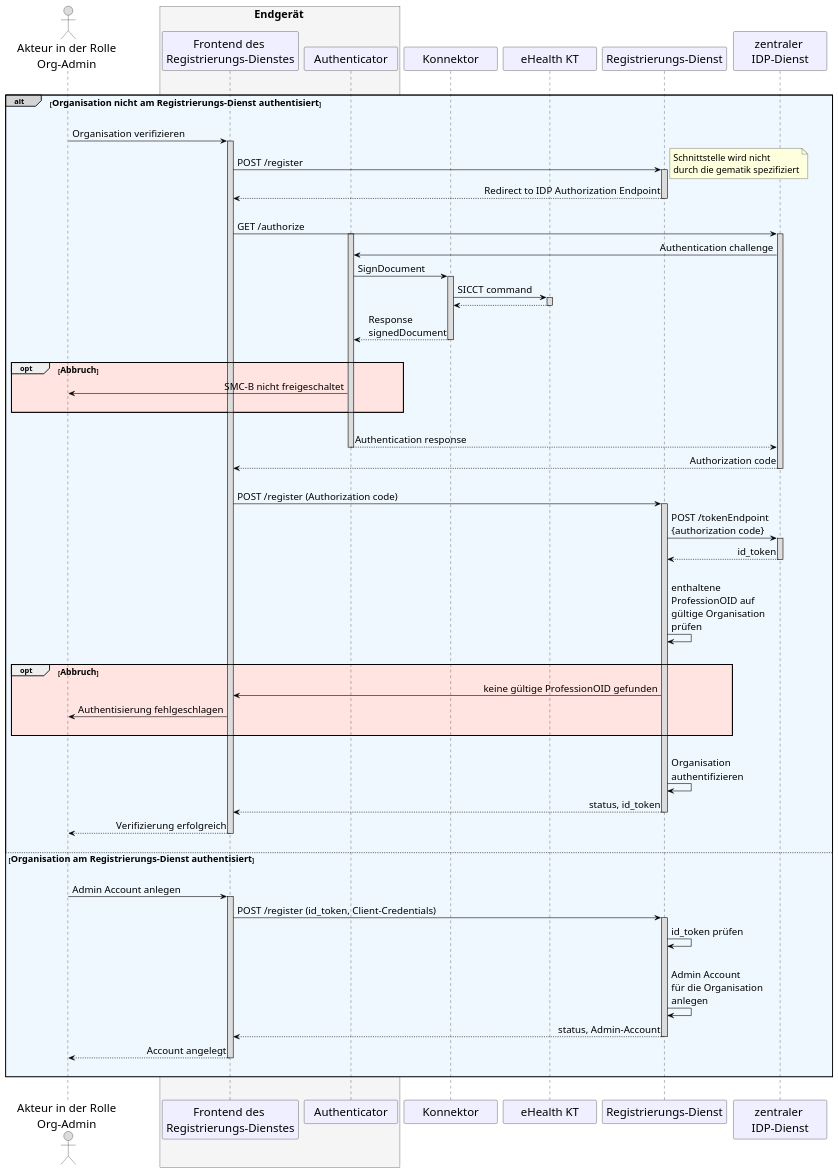
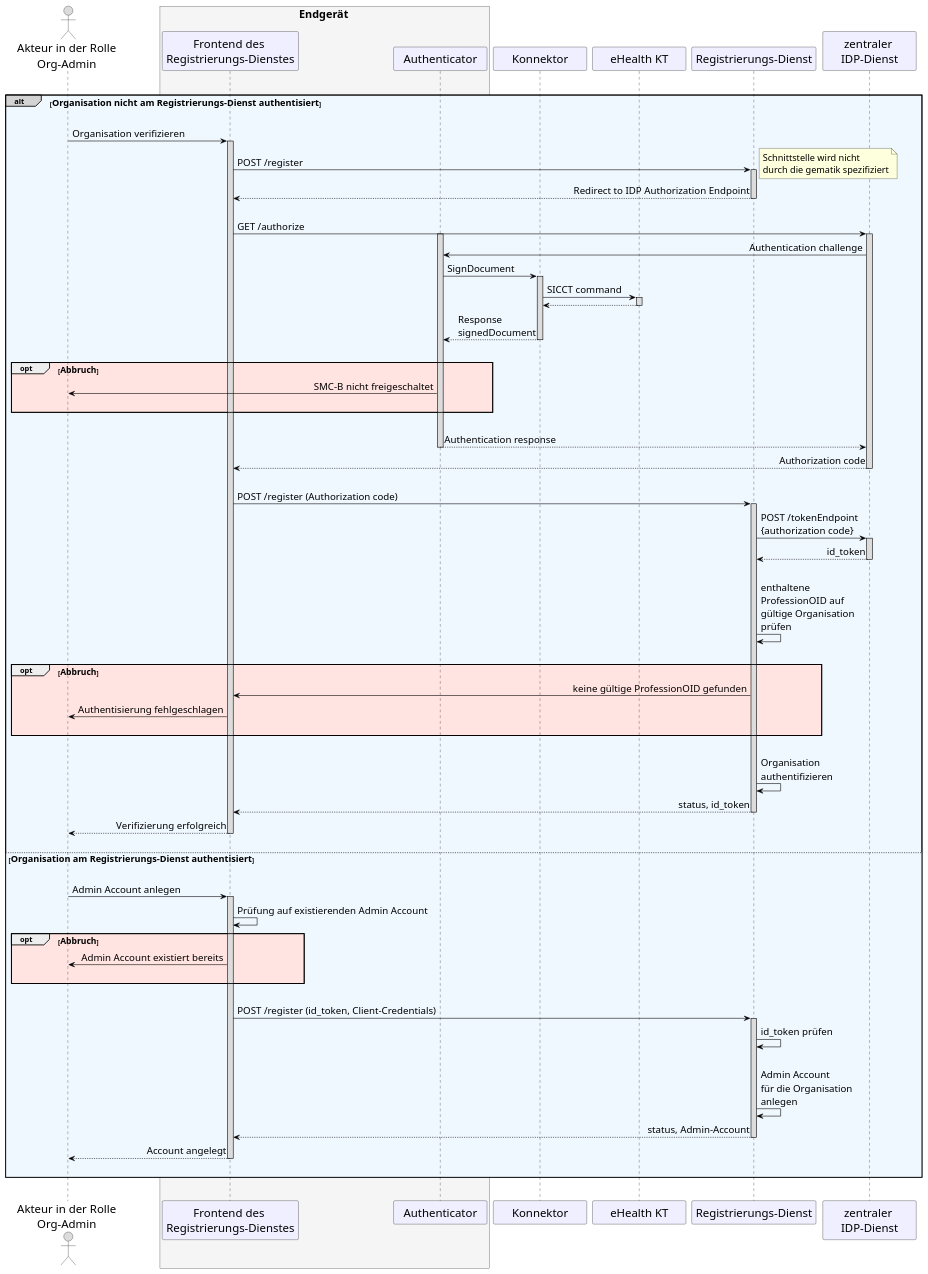
Before and after one commit to gematik/api-ti-messenger: the diagram in src/plantuml/TI-Messenger-Dienst/Ressourcen/UC_10103_Seq.puml, drawn with PlantUML.

```diff
--- a/src/plantuml/TI-Messenger-Dienst/Ressourcen/UC_10103_Seq.puml
+++ b/src/plantuml/TI-Messenger-Dienst/Ressourcen/UC_10103_Seq.puml
@@ -9,114 +9,120 @@
 @startuml
 skinparam sequenceMessageAlign direction
 skinparam WrapWidth 300
 skinparam minClassWidth 150
 skinparam BoxPadding 1
 scale max 2048 width
 
 skinparam sequence {
 ArrowColor black
 ArrowFontSize 17
 ActorBorderColor black
 LifeLineBorderColor black
 LifeLineBackgroundColor Gainsboro
 
 ParticipantBorderColor Motivation
 ParticipantBackgroundColor Motivation
 ParticipantFontName Impact
 ParticipantFontSize 20
 ParticipantFontColor black
 ParticipantBorderColor Black
 ParticipantBackgroundColor MOTIVATION
 
 ActorBackgroundColor Gainsboro
 ActorFontColor black
 ActorFontSize 20
 ActorFontName Aapex
 }
 
   actor oa as "Akteur in der Rolle\nOrg-Admin"
     box <size:19>Endgerät</size> #WhiteSmoke
     participant wb as "Frontend des \nRegistrierungs-Dienstes"
     participant au as "Authenticator"
     end box
   participant ko as "Konnektor"
   participant kt as "eHealth KT"
   participant rd as "Registrierungs-Dienst"
   participant ip as "zentraler \nIDP-Dienst"
 
 |||
 alt#LightGrey #AliceBlue <size:16>Organisation nicht am Registrierungs-Dienst authentisiert</size>
 |||
       oa -> wb: Organisation verifizieren
         activate wb
       wb -> rd:POST /register 
       note right: <size:16>Schnittstelle wird nicht \n<size:16>durch die gematik spezifiziert</size>
         activate rd
       rd --> wb: Redirect to IDP Authorization Endpoint
         deactivate rd
       |||
       wb -> ip: GET /authorize
         activate au
         activate ip
       ip -> au: Authentication challenge
       au -> ko: SignDocument
         activate ko
       ko -> kt: SICCT command
         activate kt
       kt --> ko
         deactivate kt
       ko --> au: Response \nsignedDocument
       |||
         deactivate ko
     
     opt #MistyRose <size:15>Abbruch</size>
       au -> oa: SMC-B nicht freigeschaltet 
       |||
     end
       |||
       au -->ip: Authentication response
         deactivate au
       ip --> wb: Authorization code
         deactivate ip
       |||
       wb -> rd: POST /register (Authorization code)
         activate rd
       rd -> ip: POST /tokenEndpoint\n{authorization code}
         activate ip
       ip --> rd: id_token
         deactivate ip
       |||
       rd -> rd: enthaltene \nProfessionOID auf \ngültige Organisation \nprüfen
       |||
       
     opt #MistyRose <size:15>Abbruch</size>
       rd -> wb: keine gültige ProfessionOID gefunden
       wb -> oa: Authentisierung fehlgeschlagen
       |||
     end  
     
       |||
       rd-> rd: Organisation \nauthentifizieren
       rd --> wb: status, id_token
         deactivate rd
       wb --> oa: Verifizierung erfolgreich
         deactivate wb
       |||  
       
       else <size:16>Organisation am Registrierungs-Dienst authentisiert</size>
         |||
         oa -> wb: Admin Account anlegen
           activate wb
+        wb -> wb: Prüfung auf existierenden Admin Account
+         opt #MistyRose <size:15>Abbruch</size>
+         wb -> oa: Admin Account existiert bereits
+         |||
+        end  
+         |||
         wb -> rd: POST /register (id_token, Client-Credentials)
           activate rd
         rd -> rd: id_token prüfen
         |||
         rd -> rd: Admin Account \nfür die Organisation \nanlegen
         rd --> wb: status, Admin-Account
           deactivate rd
         wb --> oa: Account angelegt
           deactivate wb
         |||
 end
 |||
 @enduml
```
